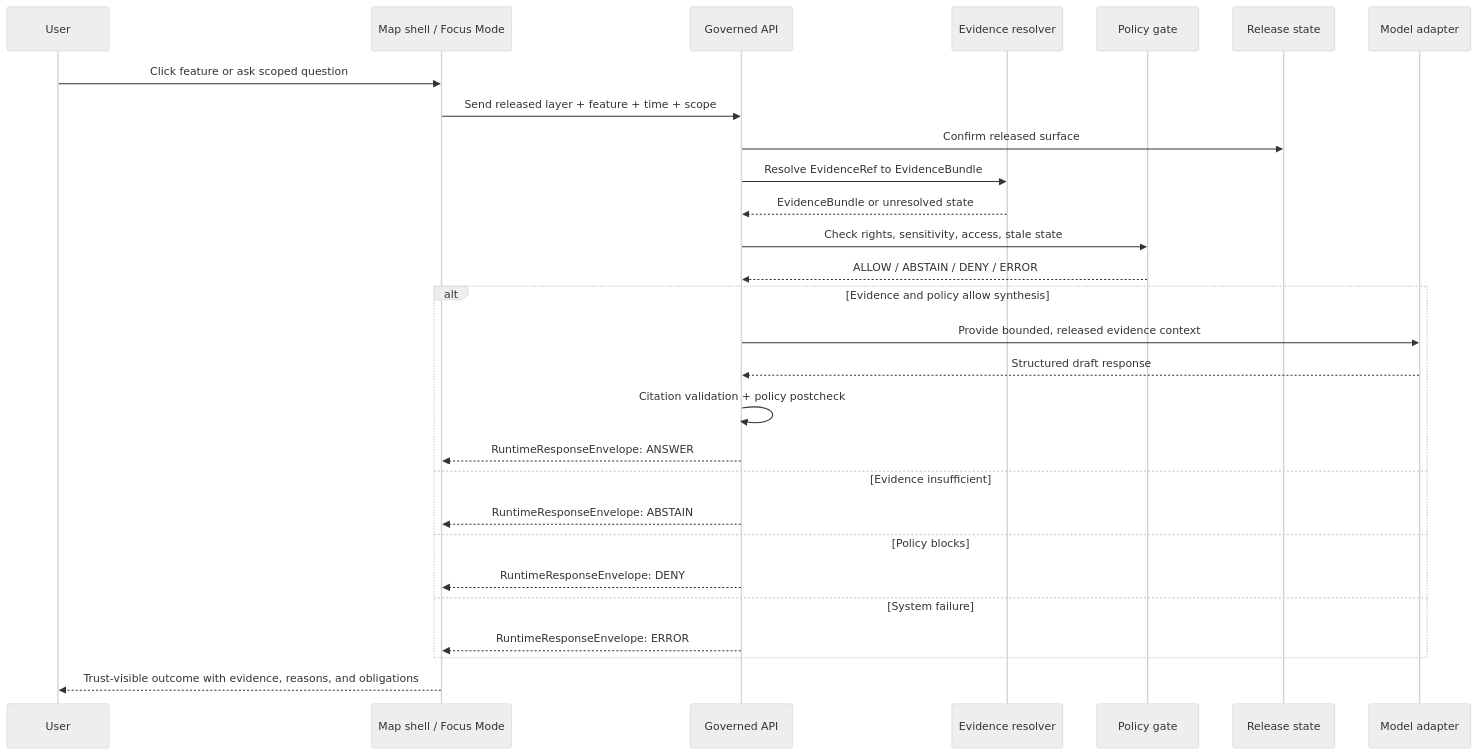
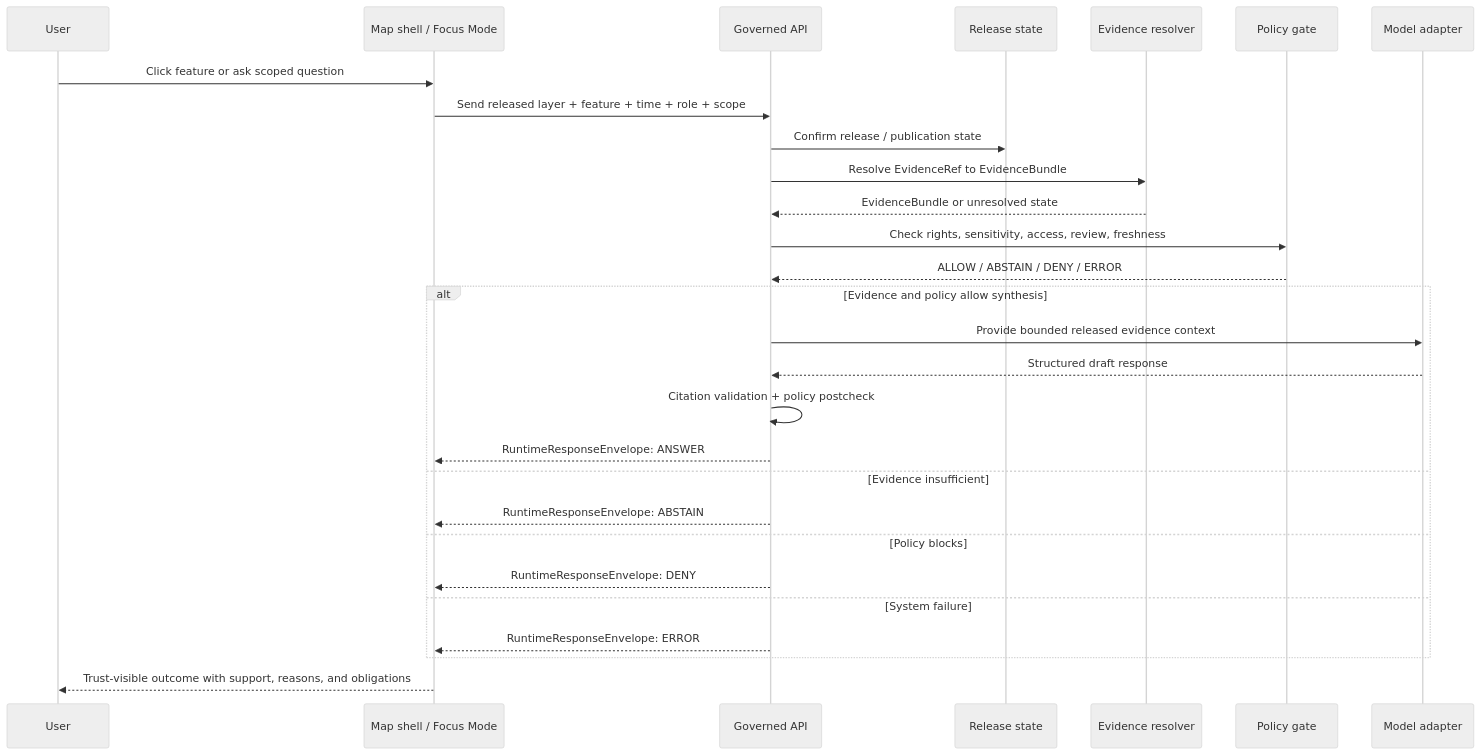
The second of 2 diagrams in docs/architecture/system-context.md (bartytime4life/Kansas-Frontier-Matrix), drawn with Mermaid (neutral theme) before and after one commit. The commit also changed other lines of this file, not shown here.

First line of the commit message:
Revise system context documentation and metadata

````diff
--- a/docs/architecture/system-context.md
+++ b/docs/architecture/system-context.md
@@ -184,33 +232,33 @@
 ```mermaid
 sequenceDiagram
     participant User
     participant Shell as Map shell / Focus Mode
     participant API as Governed API
+    participant Release as Release state
     participant Resolver as Evidence resolver
     participant Policy as Policy gate
-    participant Release as Release state
     participant Model as Model adapter
 
     User->>Shell: Click feature or ask scoped question
-    Shell->>API: Send released layer + feature + time + scope
-    API->>Release: Confirm released surface
+    Shell->>API: Send released layer + feature + time + role + scope
+    API->>Release: Confirm release / publication state
     API->>Resolver: Resolve EvidenceRef to EvidenceBundle
     Resolver-->>API: EvidenceBundle or unresolved state
-    API->>Policy: Check rights, sensitivity, access, stale state
+    API->>Policy: Check rights, sensitivity, access, review, freshness
     Policy-->>API: ALLOW / ABSTAIN / DENY / ERROR
 
     alt Evidence and policy allow synthesis
-        API->>Model: Provide bounded, released evidence context
+        API->>Model: Provide bounded released evidence context
         Model-->>API: Structured draft response
         API->>API: Citation validation + policy postcheck
         API-->>Shell: RuntimeResponseEnvelope: ANSWER
     else Evidence insufficient
         API-->>Shell: RuntimeResponseEnvelope: ABSTAIN
     else Policy blocks
         API-->>Shell: RuntimeResponseEnvelope: DENY
     else System failure
         API-->>Shell: RuntimeResponseEnvelope: ERROR
     end
 
-    Shell-->>User: Trust-visible outcome with evidence, reasons, and obligations
+    Shell-->>User: Trust-visible outcome with support, reasons, and obligations
 ```
````
